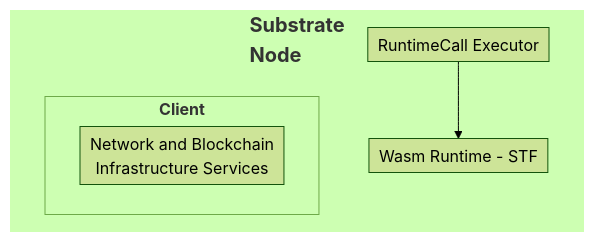
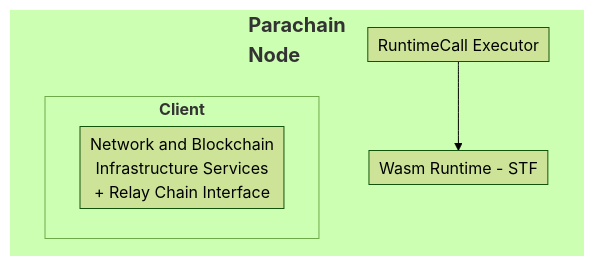
The first of 2 diagrams in parachains/overview.md (polkadot-developers/polkadot-docs), drawn with Mermaid (forest theme) before and after one commit. The commit also changed other lines of this file and 10 other files, not shown here.

````diff
--- a/parachains/overview.md
+++ b/parachains/overview.md
@@ -56,28 +54,28 @@
 ```mermaid
 %%{init: {'flowchart': {'padding': 5, 'nodeSpacing': 50, 'rankSpacing': 10}}}%%
 graph TB
     classDef title font-size:20px,font-weight:bold,stroke-width:0px
     classDef clientStyle font-size:16px,font-weight:bold
     classDef clientSubNodeStyle margin-top:10px
     classDef runtimeCallExecutorStyle padding-top:10px
 
-    subgraph sg1[Substrate<br /> Node]
+    subgraph sg1[Parachain<br /> Node]
         direction TB
 
         I[RuntimeCall Executor]
         B[Wasm Runtime - STF]
 
         subgraph sg2[Client]
             direction TB
-            C[Network and Blockchain<br/>Infrastructure Services]
+            C[Network and Blockchain<br/>Infrastructure Services<br/>+ Relay Chain Interface]
         end
 
         I --> B
     end
 
     class sg1 title
     class sg2 clientStyle
     class C clientSubNodeStyle
     class I runtimeCallExecutorStyle
 
 ```
````
